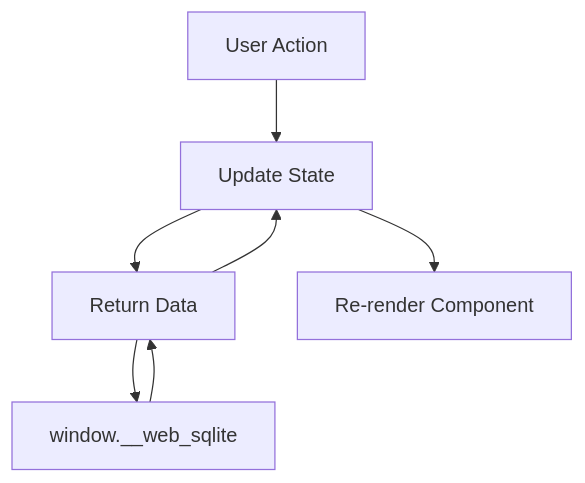
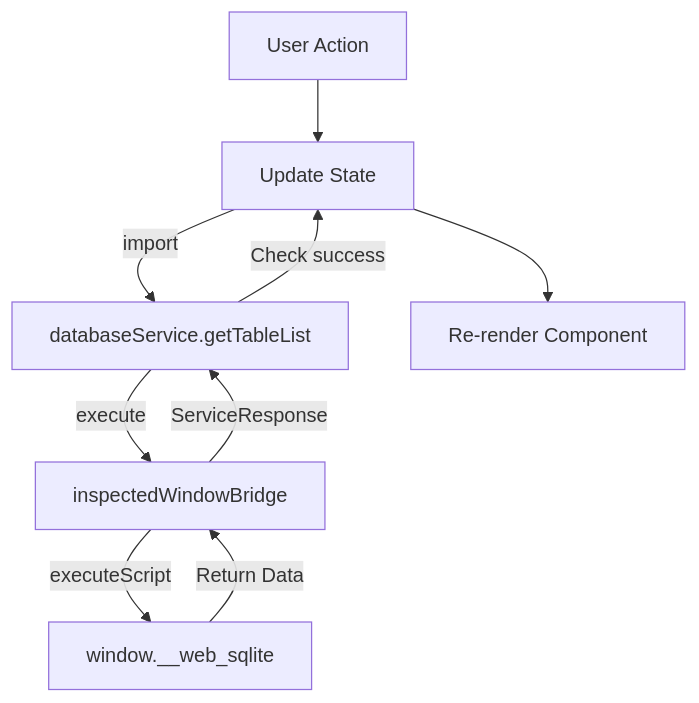
Before and after one commit to wuchuheng/web-sqlite-js-devtools: the second of 3 diagrams in agent-docs/05-design/03-modules/devtools-panel.md, drawn with Mermaid. The commit also changed other lines of this file and 9 other files, not shown here.

````diff
--- a/agent-docs/05-design/03-modules/devtools-panel.md
+++ b/agent-docs/05-design/03-modules/devtools-panel.md
@@ -90,9 +109,11 @@
 ```mermaid
 flowchart TD
     U[User Action] --> R[React State Update]
-    R --> E[Eval via inspectedWindow helper]
-    E --> API[window.__web_sqlite]
-    API --> E[Return Data]
-    E --> R[Update State]
+    R -->|import| S[databaseService.getTableList]
+    S -->|execute| BW[inspectedWindowBridge]
+    BW -->|executeScript| API[window.__web_sqlite]
+    API -->|Return Data| BW
+    BW -->|ServiceResponse| S
+    S -->|Check success| R[Update State]
     R --> UI[Re-render Component]
 ```
````
